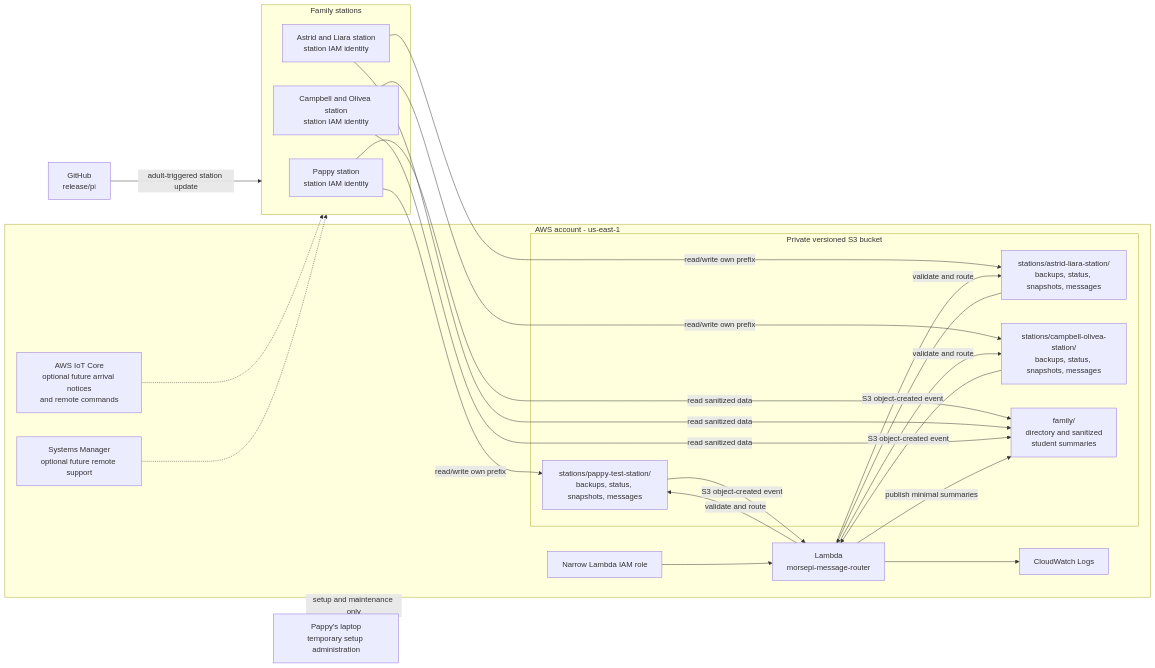
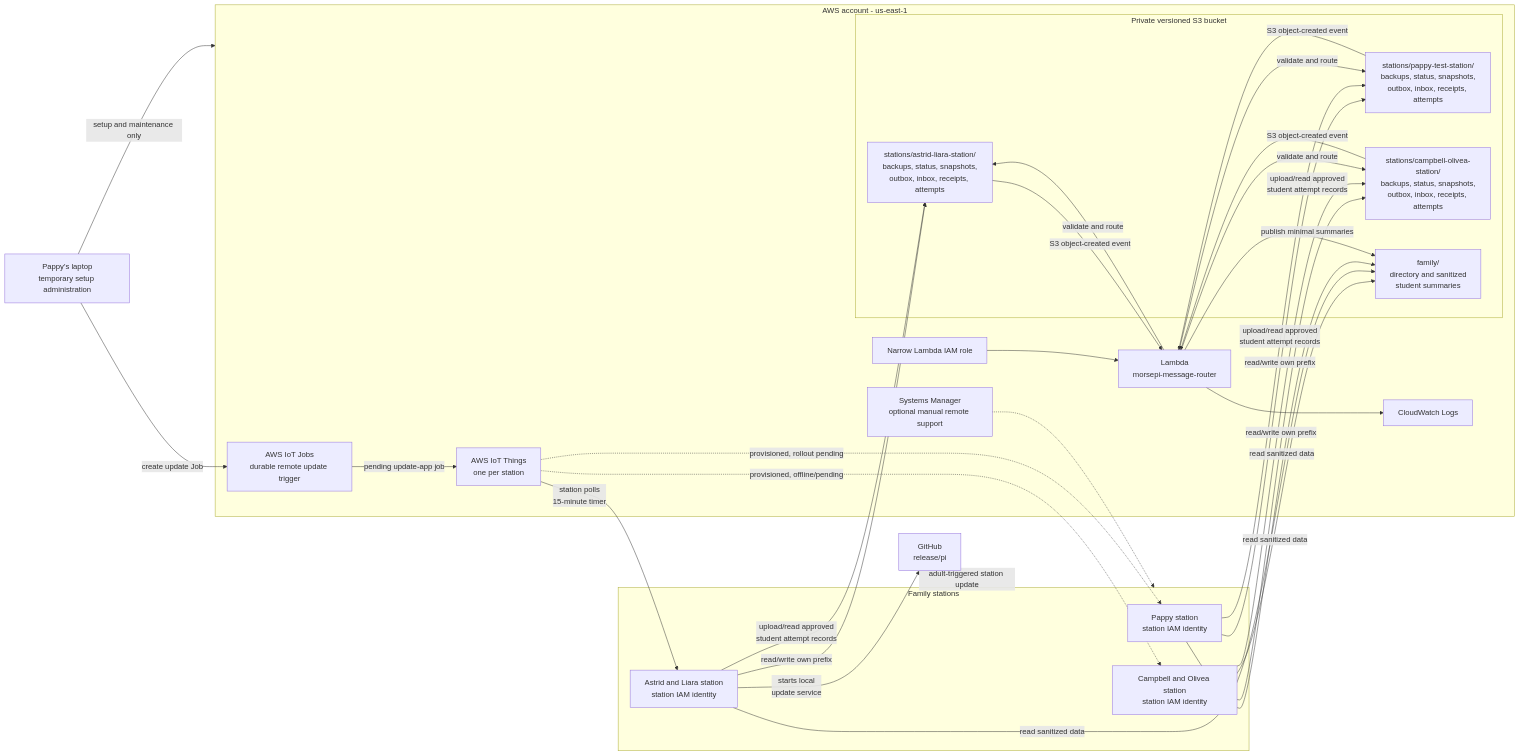
One commit to luminerdy/morsePi changed the second of 2 diagrams in docs/ARCHITECTURE.md. Above: the diagram before and after it, drawn with Mermaid. The commit also changed other lines of this file and 1 other file, not shown here.

Commit message:
Update architecture for AWS IoT remote updates

````diff
--- a/docs/ARCHITECTURE.md
+++ b/docs/ARCHITECTURE.md
@@ -64,48 +69,57 @@
 ```mermaid
 flowchart LR
     Admin["Pappy's laptop<br/>temporary setup administration"]
     GitHub["GitHub<br/>release/pi"]
 
     subgraph Devices["Family stations"]
         Pappy["Pappy station<br/>station IAM identity"]
         AL["Astrid and Liara station<br/>station IAM identity"]
         CO["Campbell and Olivea station<br/>station IAM identity"]
     end
 
     subgraph AWS["AWS account - us-east-1"]
         subgraph Bucket["Private versioned S3 bucket"]
-            PPrefix["stations/pappy-test-station/<br/>backups, status, snapshots, messages"]
-            ALPrefix["stations/astrid-liara-station/<br/>backups, status, snapshots, messages"]
-            COPrefix["stations/campbell-olivea-station/<br/>backups, status, snapshots, messages"]
+            PPrefix["stations/pappy-test-station/<br/>backups, status, snapshots,<br/>outbox, inbox, receipts, attempts"]
+            ALPrefix["stations/astrid-liara-station/<br/>backups, status, snapshots,<br/>outbox, inbox, receipts, attempts"]
+            COPrefix["stations/campbell-olivea-station/<br/>backups, status, snapshots,<br/>outbox, inbox, receipts, attempts"]
             Family["family/<br/>directory and sanitized<br/>student summaries"]
         end
 
         Lambda["Lambda<br/>morsepi-message-router"]
         RouterRole["Narrow Lambda IAM role"]
         Logs["CloudWatch Logs"]
-        IoT["AWS IoT Core<br/>optional future arrival notices<br/>and remote commands"]
-        SSM["Systems Manager<br/>optional future remote support"]
+        IoTThings["AWS IoT Things<br/>one per station"]
+        IoTJobs["AWS IoT Jobs<br/>durable remote update trigger"]
+        SSM["Systems Manager<br/>optional manual remote support"]
     end
 
     Pappy -->|"read/write own prefix"| PPrefix
     AL -->|"read/write own prefix"| ALPrefix
     CO -->|"read/write own prefix"| COPrefix
     Pappy -->|"read sanitized data"| Family
     AL -->|"read sanitized data"| Family
     CO -->|"read sanitized data"| Family
+    Pappy -->|"upload/read approved<br/>student attempt records"| PPrefix
+    AL -->|"upload/read approved<br/>student attempt records"| ALPrefix
+    CO -->|"upload/read approved<br/>student attempt records"| COPrefix
 
     PPrefix -->|"S3 object-created event"| Lambda
     ALPrefix -->|"S3 object-created event"| Lambda
     COPrefix -->|"S3 object-created event"| Lambda
     RouterRole --> Lambda
     Lambda -->|"validate and route"| PPrefix
     Lambda -->|"validate and route"| ALPrefix
     Lambda -->|"validate and route"| COPrefix
     Lambda -->|"publish minimal summaries"| Family
     Lambda --> Logs
 
     GitHub -->|"adult-triggered station update"| Devices
     Admin -->|"setup and maintenance only"| AWS
-    IoT -.-> Devices
+    Admin -->|"create update Job"| IoTJobs
+    IoTJobs -->|"pending update-app job"| IoTThings
+    IoTThings -->|"station polls<br/>15-minute timer"| AL
+    IoTThings -.->|"provisioned, rollout pending"| Pappy
+    IoTThings -.->|"provisioned, offline/pending"| CO
+    AL -->|"starts local<br/>update service"| GitHub
     SSM -.-> Devices
 ```
````
